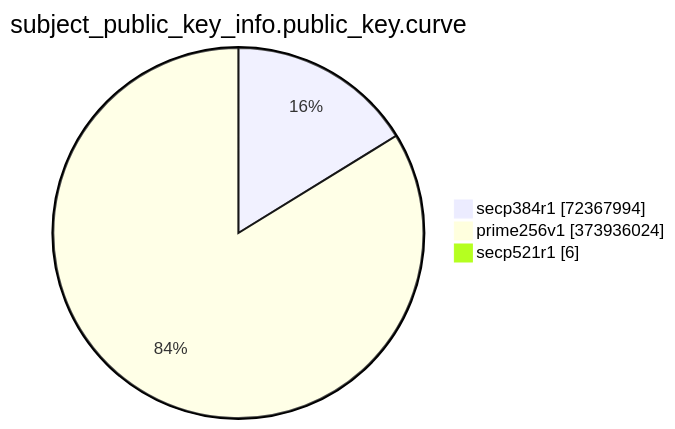
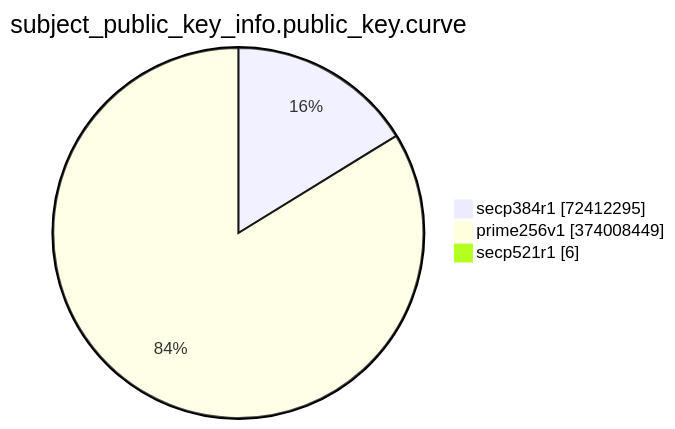
The eighth of 15 diagrams in TOTAL/README.md (christiankrug/ctmonitor_visualization), drawn with Mermaid before and after one commit. The commit also changed other lines of this file, not shown here.

````diff
--- a/TOTAL/README.md
+++ b/TOTAL/README.md
@@ -3094,7 +3094,7 @@
 ```mermaid
 pie showData
 title subject_public_key_info.public_key.curve
-"secp384r1" :72367994
-"prime256v1" :373936024
+"secp384r1" :72412295
+"prime256v1" :374008449
 "secp521r1" :6
 ```
````
